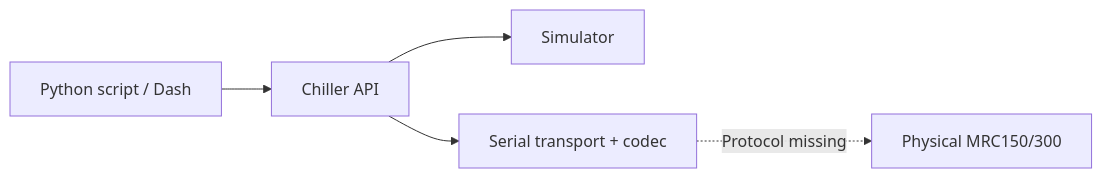
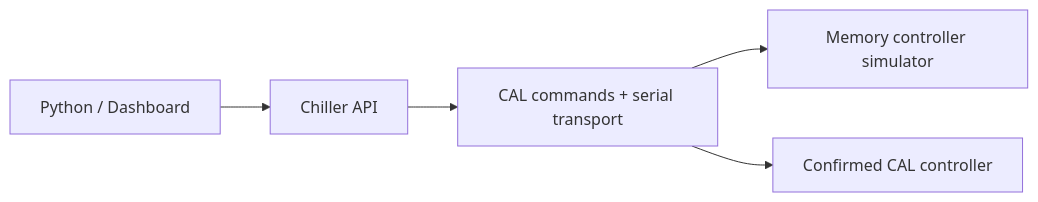
Before and after one commit to cct1123/tark-mrc-chiller-control: the diagram in README.md, drawn with Mermaid. The commit also changed other lines of this file and 31 other files, not shown here.

Commit message:
Implement CAL protocol and prepare human hardware testing

````diff
--- a/README.md
+++ b/README.md
@@ -216,7 +185,7 @@
 ```mermaid
 flowchart LR
-    A[Python script / Dash] --> C[Chiller API]
-    C --> S[Simulator]
-    C --> H[Serial transport + codec]
-    H -. Protocol missing .-> D[Physical MRC150/300]
+    U[Python / Dashboard] --> C[Chiller API]
+    C --> P[CAL commands + serial transport]
+    P --> M[Memory controller simulator]
+    P --> H[Confirmed CAL controller]
 ```
````
